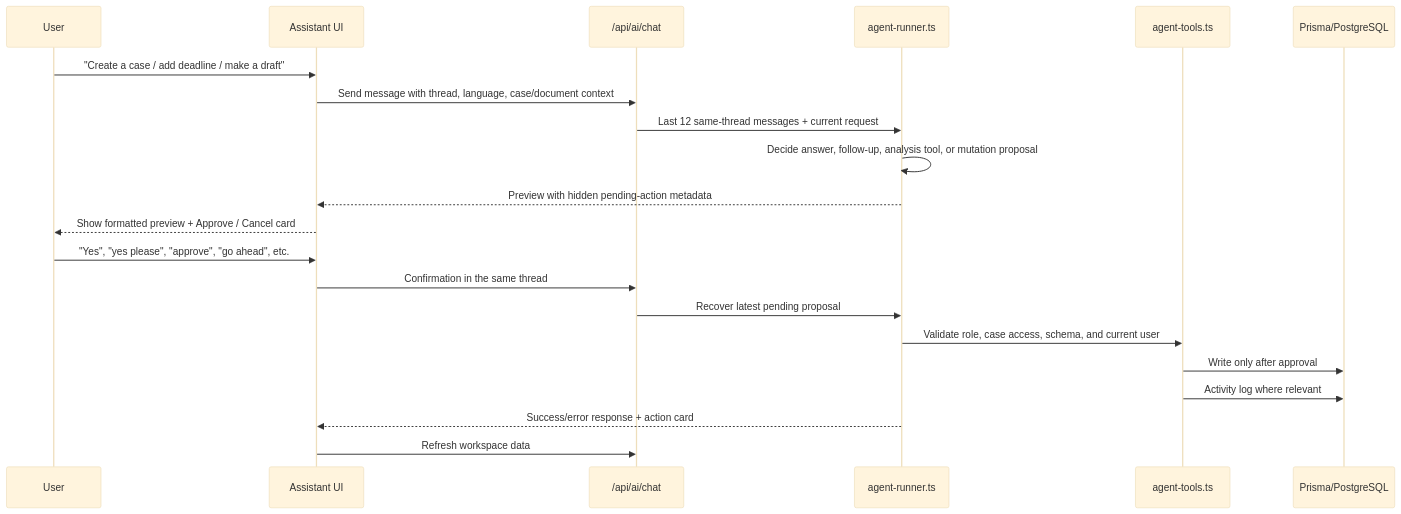
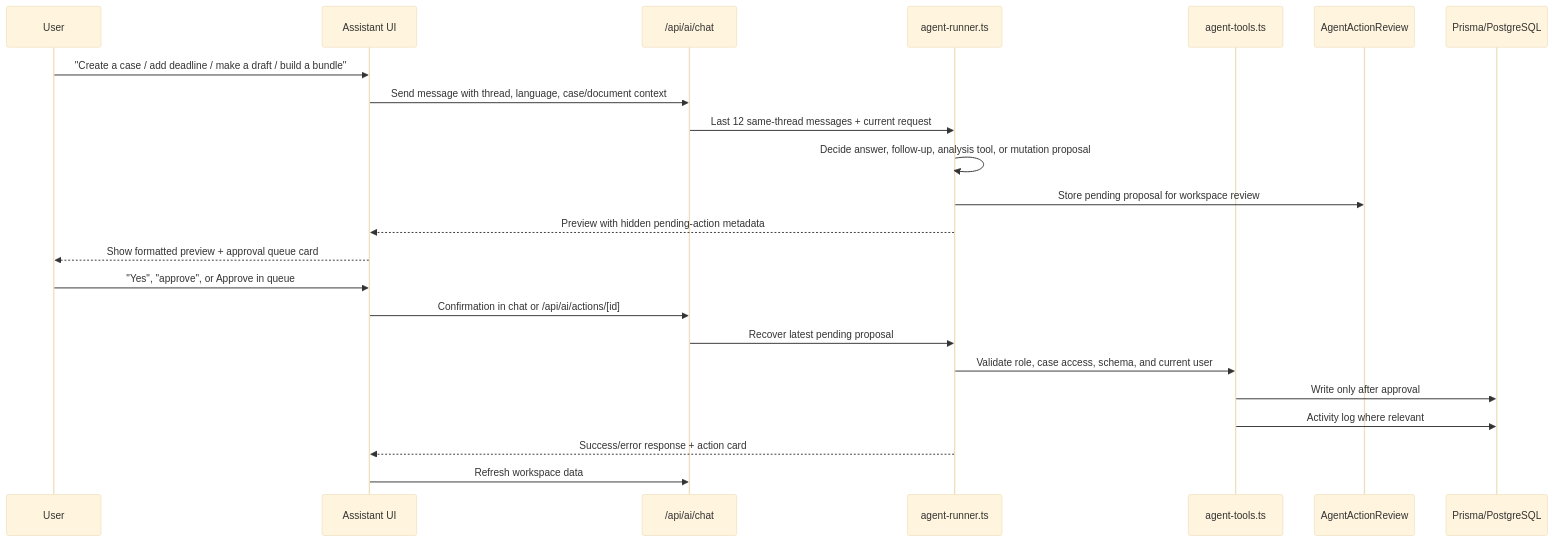
Before and after one commit to Omnicode786/MIZAN-APP: the fifth of 7 diagrams in README.md, drawn with Mermaid (base theme). The commit also changed other lines of this file and 22 other files, not shown here.

````diff
--- a/README.md
+++ b/README.md
@@ -533,24 +537,26 @@
 ```mermaid
 sequenceDiagram
     participant User
     participant UI as Assistant UI
     participant API as /api/ai/chat
     participant Agent as agent-runner.ts
     participant Tools as agent-tools.ts
+    participant Queue as AgentActionReview
     participant DB as Prisma/PostgreSQL
 
-    User->>UI: "Create a case / add deadline / make a draft"
+    User->>UI: "Create a case / add deadline / make a draft / build a bundle"
     UI->>API: Send message with thread, language, case/document context
     API->>Agent: Last 12 same-thread messages + current request
     Agent->>Agent: Decide answer, follow-up, analysis tool, or mutation proposal
+    Agent->>Queue: Store pending proposal for workspace review
     Agent-->>UI: Preview with hidden pending-action metadata
-    UI-->>User: Show formatted preview + Approve / Cancel card
-    User->>UI: "Yes", "yes please", "approve", "go ahead", etc.
-    UI->>API: Confirmation in the same thread
+    UI-->>User: Show formatted preview + approval queue card
+    User->>UI: "Yes", "approve", or Approve in queue
+    UI->>API: Confirmation in chat or /api/ai/actions/[id]
     API->>Agent: Recover latest pending proposal
     Agent->>Tools: Validate role, case access, schema, and current user
     Tools->>DB: Write only after approval
     Tools->>DB: Activity log where relevant
     Agent-->>UI: Success/error response + action card
     UI->>API: Refresh workspace data
 ```
````
